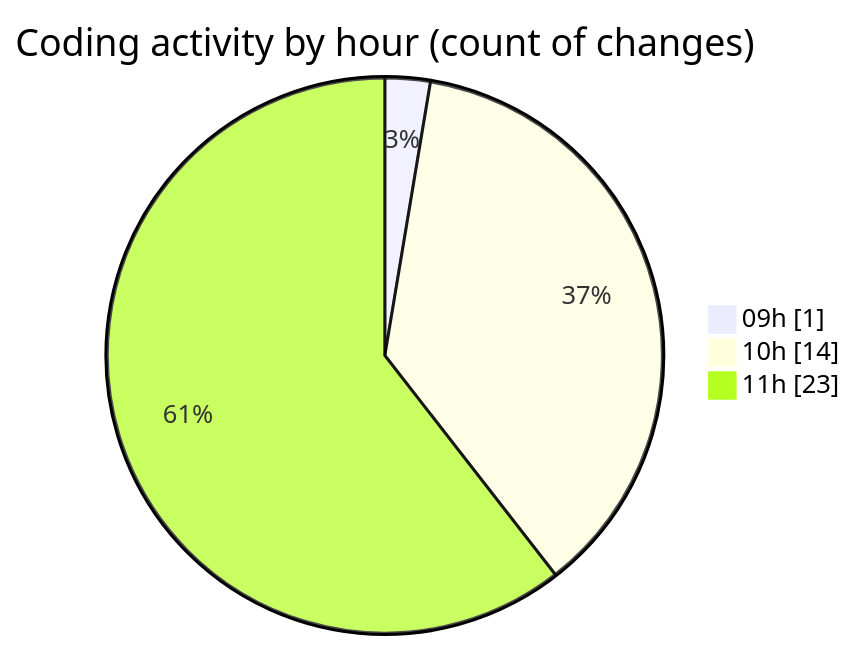
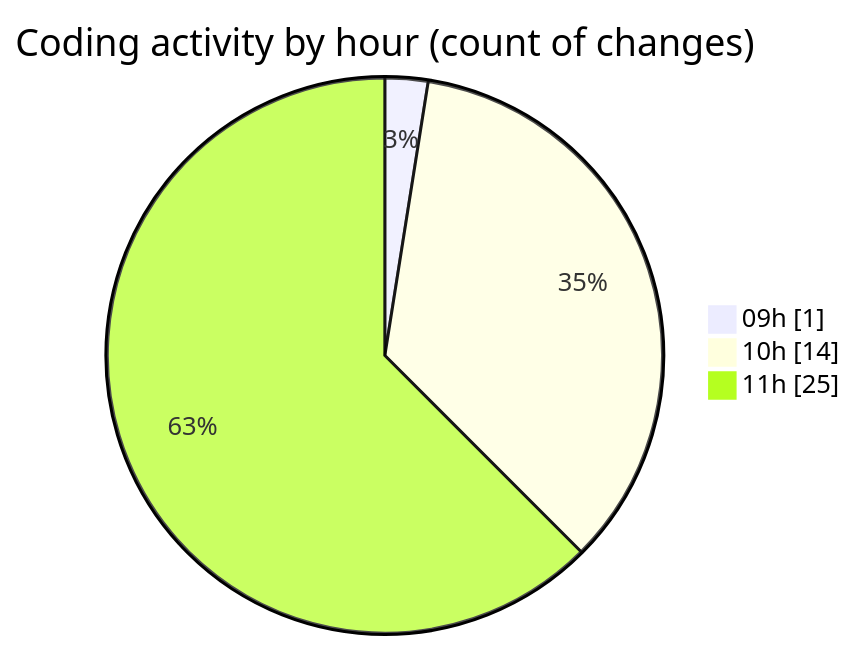
One commit to Elitesun/code-tracking changed the second of 2 diagrams in 2025-05-07/niten/README.md. Above: the diagram before and after it, drawn with Mermaid. The commit also changed other lines of this file and 1 other file, not shown here.

````diff
--- a/2025-05-07/niten/README.md
+++ b/2025-05-07/niten/README.md
@@ -43,7 +43,7 @@
 ```mermaid
 pie showData
 title Coding activity by hour (count of changes)
 "09h" : 1
 "10h" : 14
-"11h" : 23
+"11h" : 25
 ```
````
